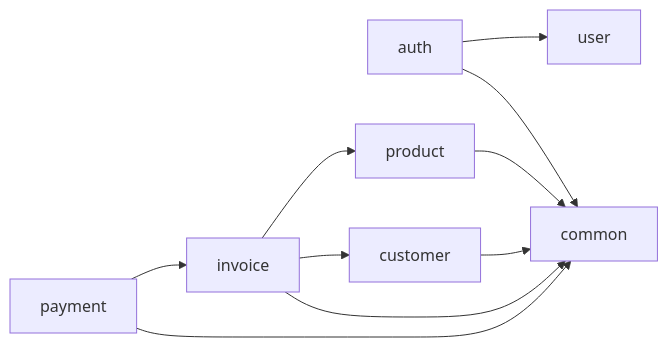
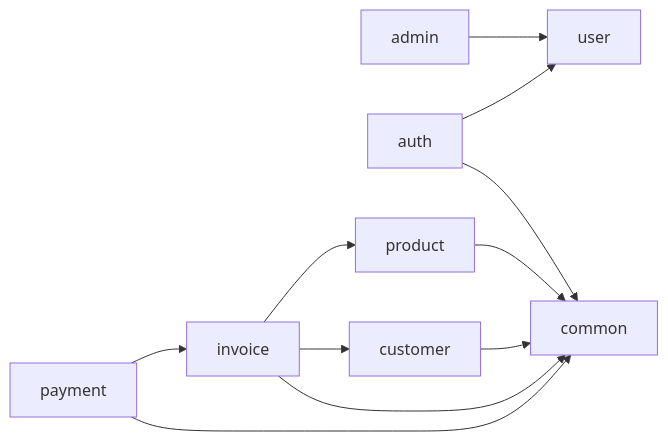
Before and after one commit to BrahimNJ/InvoiceFlow: the first of 3 diagrams in docs/architecture.md, drawn with Mermaid. The commit also changed 6 other files, not shown here.

````diff
--- a/docs/architecture.md
+++ b/docs/architecture.md
@@ -31,12 +31,13 @@
 ```mermaid
 flowchart LR
+    admin --> user
     auth --> common
     auth --> user
     customer --> common
     invoice --> common
     invoice --> customer
     invoice --> product
     payment --> common
     payment --> invoice
     product --> common
 ```
````
